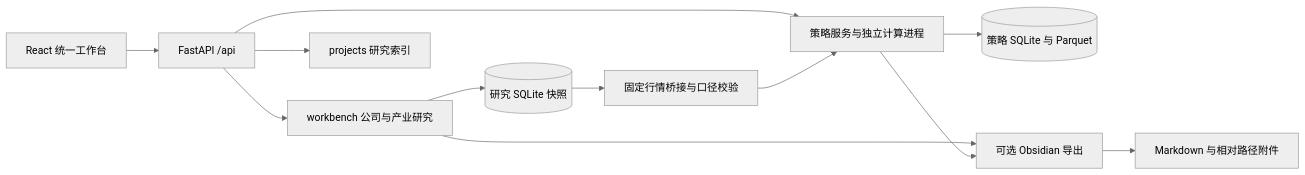
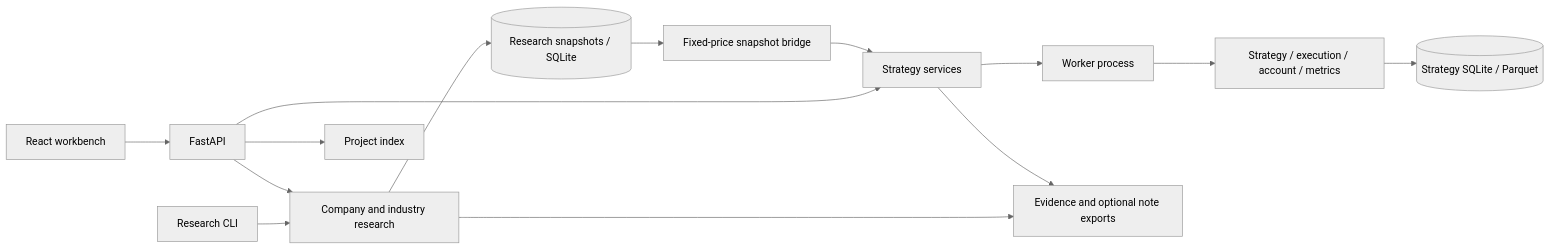
The diagram in docs/ARCHITECTURE.md (tail258/QuantSandbox), drawn with Mermaid (neutral theme) before and after one commit. The commit also changed other lines of this file and 79 other files, not shown here.

````diff
--- a/docs/ARCHITECTURE.md
+++ b/docs/ARCHITECTURE.md
@@ -71,14 +5,16 @@
 ```mermaid
 flowchart LR
-  UI[React 统一工作台] --> API[FastAPI /api]
-  API --> WB[workbench 公司与产业研究]
-  API --> PJ[projects 研究索引]
-  API --> SIM[策略服务与独立计算进程]
-  WB --> RDB[(研究 SQLite 快照)]
-  RDB --> BR[固定行情桥接与口径校验]
+  UI[React workbench] --> API[FastAPI]
+  CLI[Research CLI] --> WB[Company and industry research]
+  API --> WB
+  API --> PJ[Project index]
+  API --> SIM[Strategy services]
+  WB --> RDB[(Research snapshots / SQLite)]
+  RDB --> BR[Fixed-price snapshot bridge]
   BR --> SIM
-  SIM --> SDB[(策略 SQLite 与 Parquet)]
-  WB --> OB[可选 Obsidian 导出]
-  SIM --> OB
-  OB --> MD[Markdown 与相对路径附件]
+  SIM --> JOB[Worker process]
+  JOB --> CORE[Strategy / execution / account / metrics]
+  CORE --> SDB[(Strategy SQLite / Parquet)]
+  WB --> OUT[Evidence and optional note exports]
+  SIM --> OUT
 ```
````
